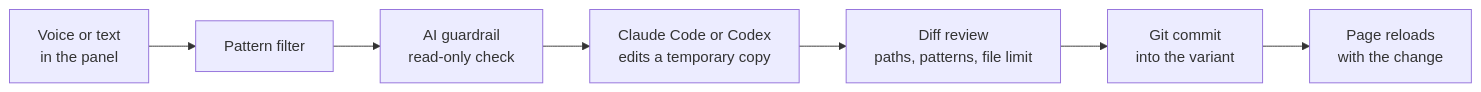
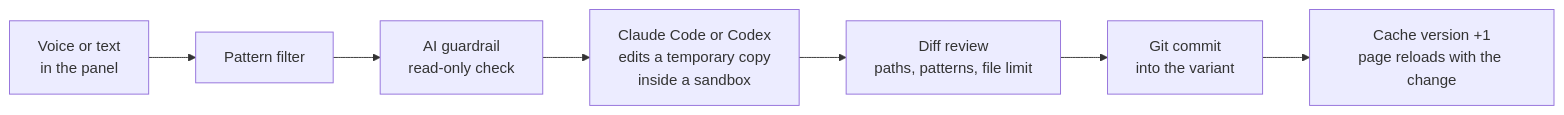
The diagram in README.md (alexohlei/SayAndShape), drawn with Mermaid before and after one commit. The commit also changed other lines of this file and 5 other files, not shown here.

````diff
--- a/README.md
+++ b/README.md
@@ -90,9 +165,9 @@
 ```mermaid
 flowchart LR
     A["Voice or text<br/>in the panel"] --> B["Pattern filter"]
     B --> C["AI guardrail<br/>read-only check"]
-    C --> D["Claude Code or Codex<br/>edits a temporary copy"]
+    C --> D["Claude Code or Codex<br/>edits a temporary copy<br/>inside a sandbox"]
     D --> E["Diff review<br/>paths, patterns, file limit"]
     E --> F["Git commit<br/>into the variant"]
-    F --> G["Page reloads<br/>with the change"]
+    F --> G["Cache version +1<br/>page reloads with the change"]
 ```
````
